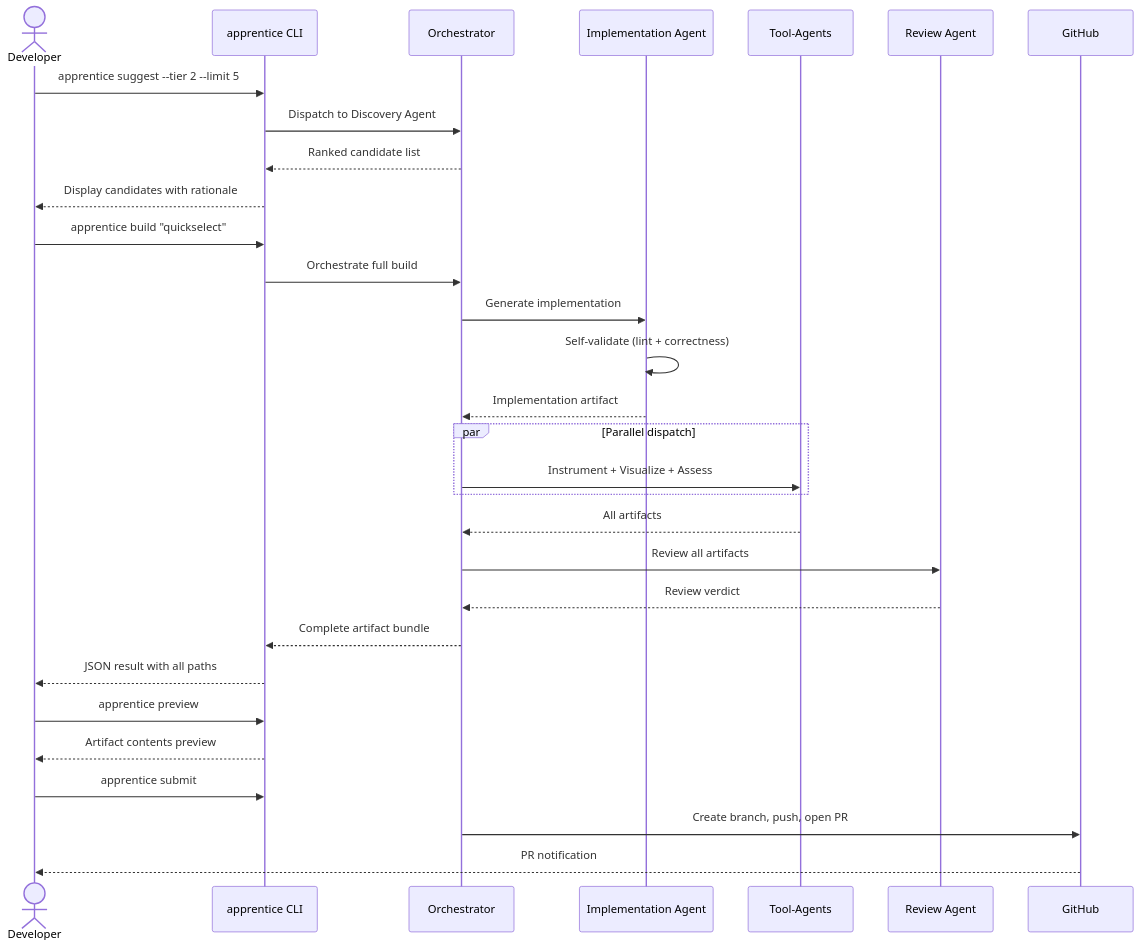
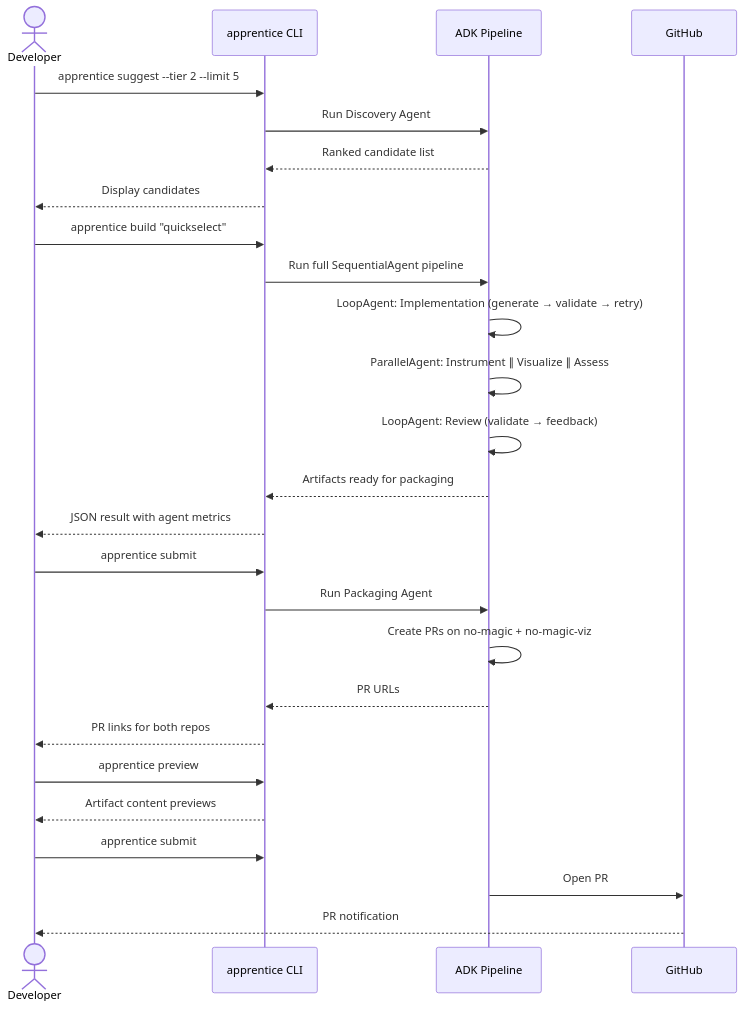
One commit to no-magic-ai/apprentice changed the sixth of 7 diagrams in docs/system-design.md. Above: the diagram before and after it, drawn with Mermaid. The commit also changed other lines of this file, not shown here.

````diff
--- a/docs/system-design.md
+++ b/docs/system-design.md
@@ -510,39 +566,33 @@
 ```mermaid
 sequenceDiagram
     actor Dev as Developer
     participant CLI as apprentice CLI
-    participant Orch as Orchestrator
-    participant Impl as Implementation Agent
-    participant Agents as Tool-Agents
-    participant Rev as Review Agent
+    participant ADK as ADK Pipeline
     participant GH as GitHub
 
     Dev->>CLI: apprentice suggest --tier 2 --limit 5
-    CLI->>Orch: Dispatch to Discovery Agent
-    Orch-->>CLI: Ranked candidate list
-    CLI-->>Dev: Display candidates with rationale
+    CLI->>ADK: Run Discovery Agent
+    ADK-->>CLI: Ranked candidate list
+    CLI-->>Dev: Display candidates
 
     Dev->>CLI: apprentice build "quickselect"
-    CLI->>Orch: Orchestrate full build
-    Orch->>Impl: Generate implementation
-    Impl->>Impl: Self-validate (lint + correctness)
-    Impl-->>Orch: Implementation artifact
+    CLI->>ADK: Run full SequentialAgent pipeline
+    ADK->>ADK: LoopAgent: Implementation (generate → validate → retry)
+    ADK->>ADK: ParallelAgent: Instrument ∥ Visualize ∥ Assess
+    ADK->>ADK: LoopAgent: Review (validate → feedback)
+    ADK-->>CLI: Artifacts ready for packaging
+    CLI-->>Dev: JSON result with agent metrics
 
-    par Parallel dispatch
-        Orch->>Agents: Instrument + Visualize + Assess
-    end
-    Agents-->>Orch: All artifacts
-
-    Orch->>Rev: Review all artifacts
-    Rev-->>Orch: Review verdict
-
-    Orch-->>CLI: Complete artifact bundle
-    CLI-->>Dev: JSON result with all paths
+    Dev->>CLI: apprentice submit
+    CLI->>ADK: Run Packaging Agent
+    ADK->>ADK: Create PRs on no-magic + no-magic-viz
+    ADK-->>CLI: PR URLs
+    CLI-->>Dev: PR links for both repos
 
     Dev->>CLI: apprentice preview
-    CLI-->>Dev: Artifact contents preview
+    CLI-->>Dev: Artifact content previews
 
     Dev->>CLI: apprentice submit
-    Orch->>GH: Create branch, push, open PR
+    ADK->>GH: Open PR
     GH-->>Dev: PR notification
 ```
````
